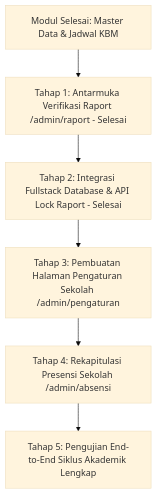
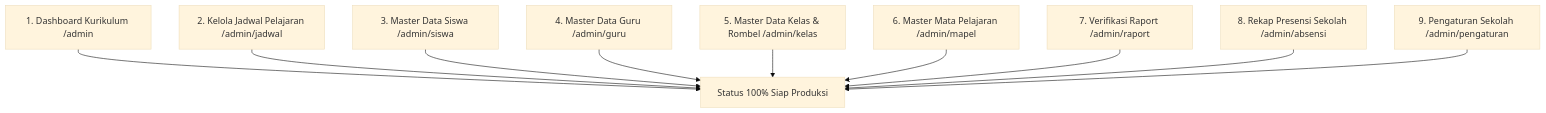
The diagram in modul-kurikulum.md (hafidznugraha/LMS-SMAN2-PADALARANG), drawn with Mermaid (base theme) before and after one commit. The commit also changed other lines of this file and 12 other files, not shown here.

````diff
--- a/modul-kurikulum.md
+++ b/modul-kurikulum.md
@@ -157,8 +175,12 @@
 ```mermaid
 flowchart TD
-    A[Modul Selesai: Master Data & Jadwal KBM] --> B[Tahap 1: Antarmuka Verifikasi Raport /admin/raport - Selesai]
-    B --> C[Tahap 2: Integrasi Fullstack Database & API Lock Raport - Selesai]
-    C --> D[Tahap 3: Pembuatan Halaman Pengaturan Sekolah /admin/pengaturan]
-    D --> E[Tahap 4: Rekapitulasi Presensi Sekolah /admin/absensi]
-    E --> F[Tahap 5: Pengujian End-to-End Siklus Akademik Lengkap]
+    M1[1. Dashboard Kurikulum /admin] --> DONE[Status 100% Siap Produksi]
+    M2[2. Kelola Jadwal Pelajaran /admin/jadwal] --> DONE
+    M3[3. Master Data Siswa /admin/siswa] --> DONE
+    M4[4. Master Data Guru /admin/guru] --> DONE
+    M5[5. Master Data Kelas & Rombel /admin/kelas] --> DONE
+    M6[6. Master Mata Pelajaran /admin/mapel] --> DONE
+    M7[7. Verifikasi Raport /admin/raport] --> DONE
+    M8[8. Rekap Presensi Sekolah /admin/absensi] --> DONE
+    M9[9. Pengaturan Sekolah /admin/pengaturan] --> DONE
 ```
````
